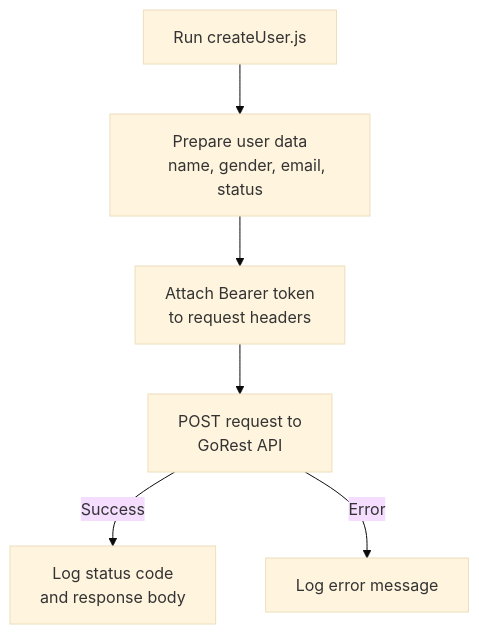
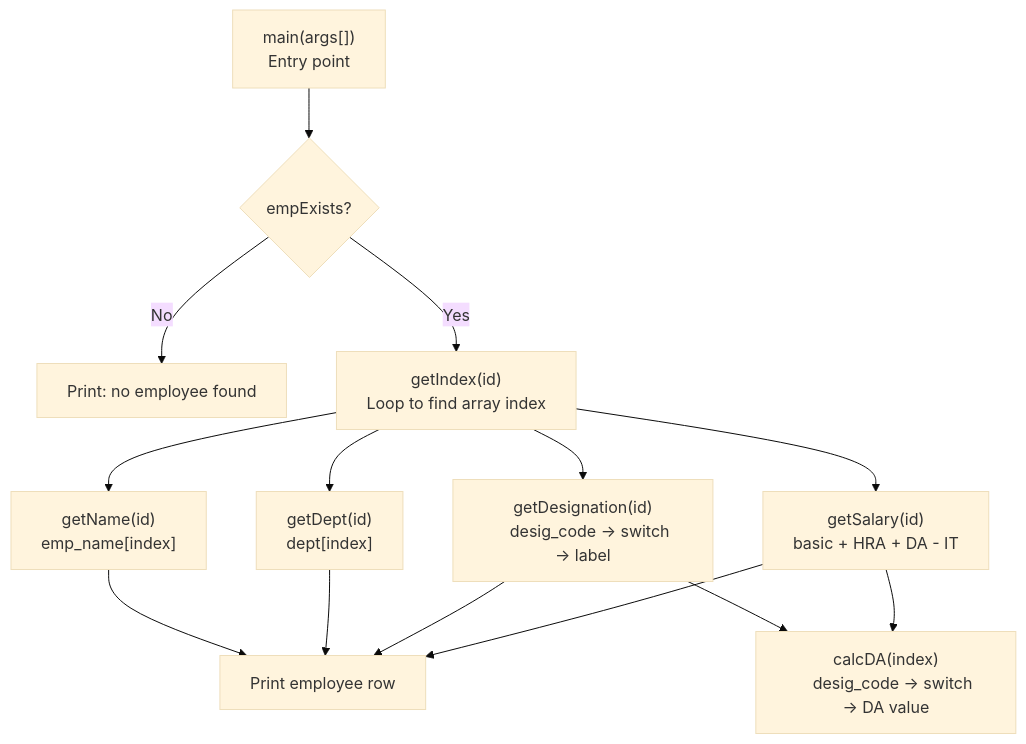
The diagram in README.md (TEJESHWINI-N/employee-information-system), drawn with Mermaid (base theme) before and after one commit. The commit also changed other lines of this file, not shown here.

````diff
--- a/README.md
+++ b/README.md
@@ -18,12 +19,23 @@
 ```mermaid
 flowchart TD
-    A["Run createUser.js"] --> B["Prepare user data
-    name, gender, email, status"]
-    B --> C["Attach Bearer token
-    to request headers"]
-    C --> D["POST request to
-    GoRest API"]
-    D -- Success --> E["Log status code
-    and response body"]
-    D -- Error --> F["Log error message"]
+    A["main(args[])
+    Entry point"] --> B{empExists?}
+    B -- No --> C["Print: no employee found"]
+    B -- Yes --> D["getIndex(id)
+    Loop to find array index"]
+    D --> E["getName(id)
+    emp_name[index]"]
+    D --> F["getDept(id)
+    dept[index]"]
+    D --> G["getDesignation(id)
+    desig_code → switch → label"]
+    D --> H["getSalary(id)
+    basic + HRA + DA - IT"]
+    G --> I["calcDA(index)
+    desig_code → switch → DA value"]
+    H --> I
+    E --> J["Print employee row"]
+    F --> J
+    G --> J
+    H --> J
 ```
````
